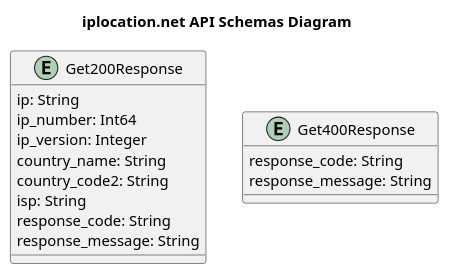
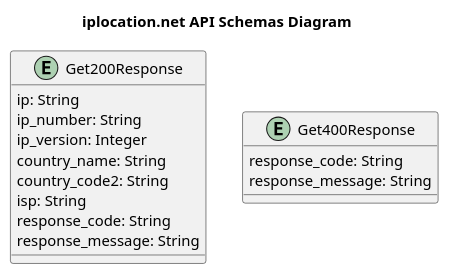
One commit to oapicf/openapi-iplocation changed the diagram in clients/plantuml/generated/schemas.plantuml. Above: the diagram before and after it, drawn with PlantUML. The commit also changed 888 other files, not shown here.

```diff
--- a/clients/plantuml/generated/schemas.plantuml
+++ b/clients/plantuml/generated/schemas.plantuml
@@ -1,23 +1,23 @@
 @startuml
 
 title iplocation.net API Schemas Diagram
 
 entity Get200Response {
     ip: String
-    ip_number: Int64
+    ip_number: String
     ip_version: Integer
     country_name: String
     country_code2: String
     isp: String
     response_code: String
     response_message: String
 }
 
 entity Get400Response {
     response_code: String
     response_message: String
 }
 
 
 
 @enduml
```
